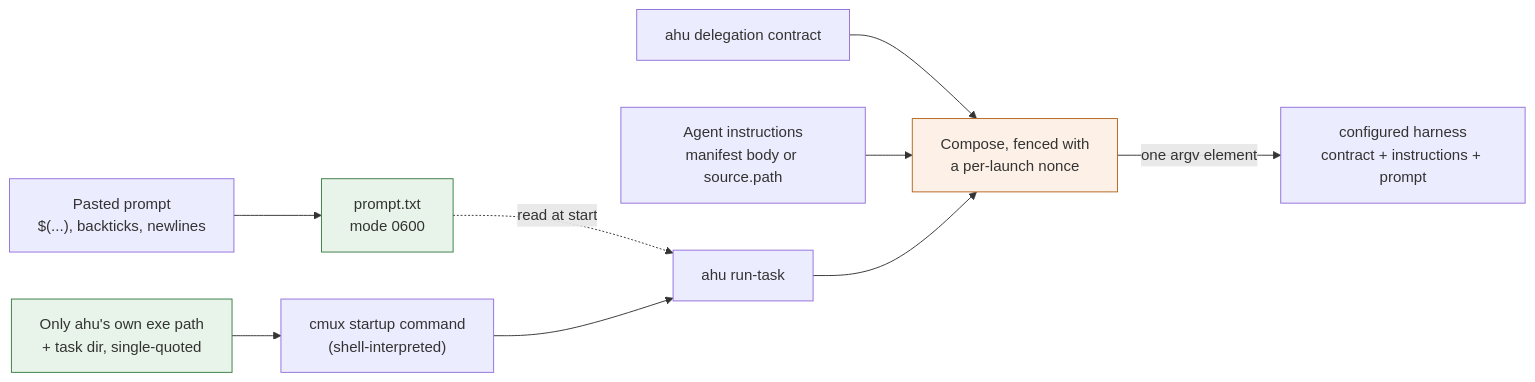
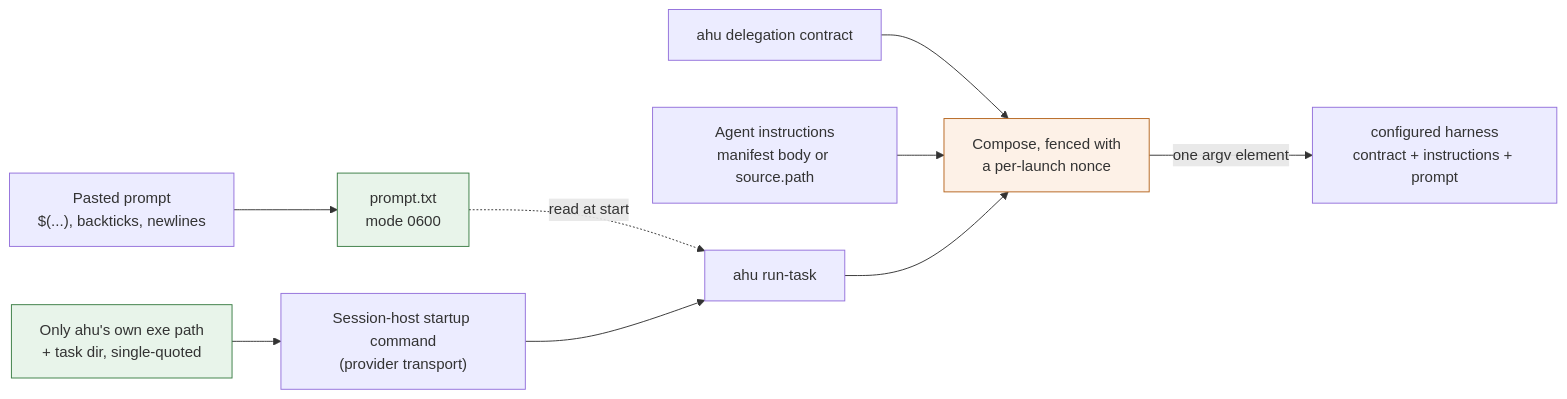
Before and after one commit to moai-agent/ahu: the second of 4 diagrams in .agents/skills/ahu-architecture/SKILL.md, drawn with Mermaid. The commit also changed other lines of this file and 4 other files, not shown here.

````diff
--- a/.agents/skills/ahu-architecture/SKILL.md
+++ b/.agents/skills/ahu-architecture/SKILL.md
@@ -153,16 +168,16 @@
 ```mermaid
 flowchart LR
     P["Pasted prompt<br/>$(...), backticks, newlines"] --> F["prompt.txt<br/>mode 0600"]
     F -.->|"read at start"| R["ahu run-task"]
     D["ahu delegation contract"] --> N["Compose, fenced with<br/>a per-launch nonce"]
     A["Agent instructions<br/>manifest body or source.path"] --> N
     R --> N
     N -->|"one argv element"| C["configured harness<br/>contract + instructions + prompt"]
 
-    S["cmux startup command<br/>(shell-interpreted)"] --> R
+    S["Session-host startup command<br/>(provider transport)"] --> R
     Q["Only ahu's own exe path<br/>+ task dir, single-quoted"] --> S
 
     style F fill:#e8f4ea,stroke:#3a7d44
     style Q fill:#e8f4ea,stroke:#3a7d44
     style N fill:#fdf1e7,stroke:#b5651d
 ```
````
